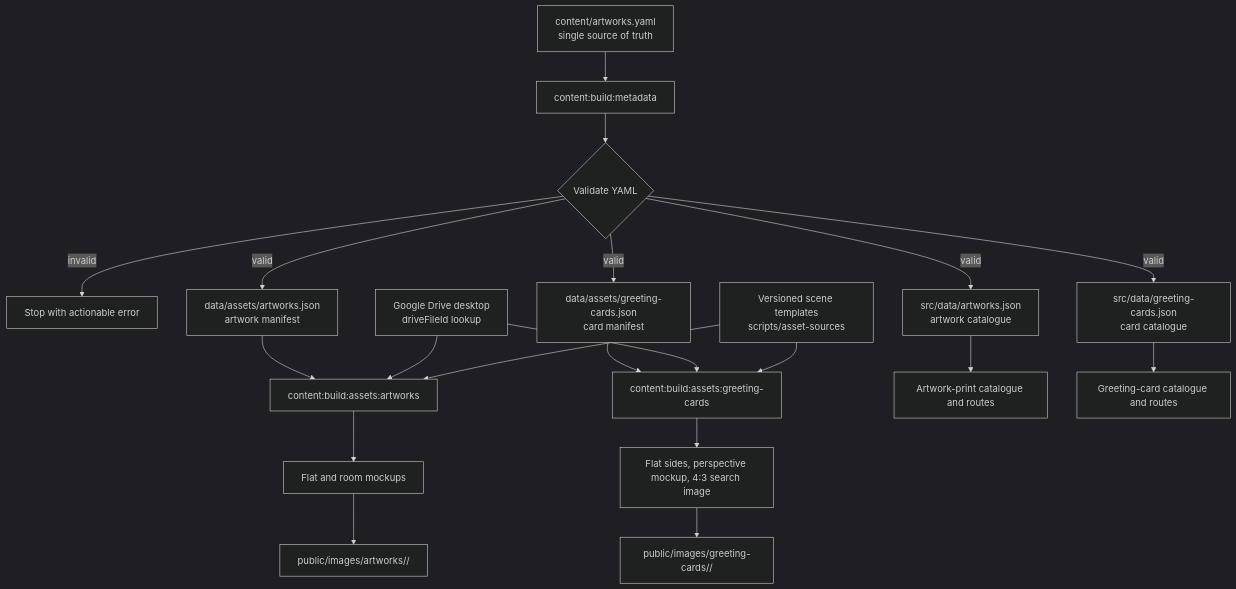
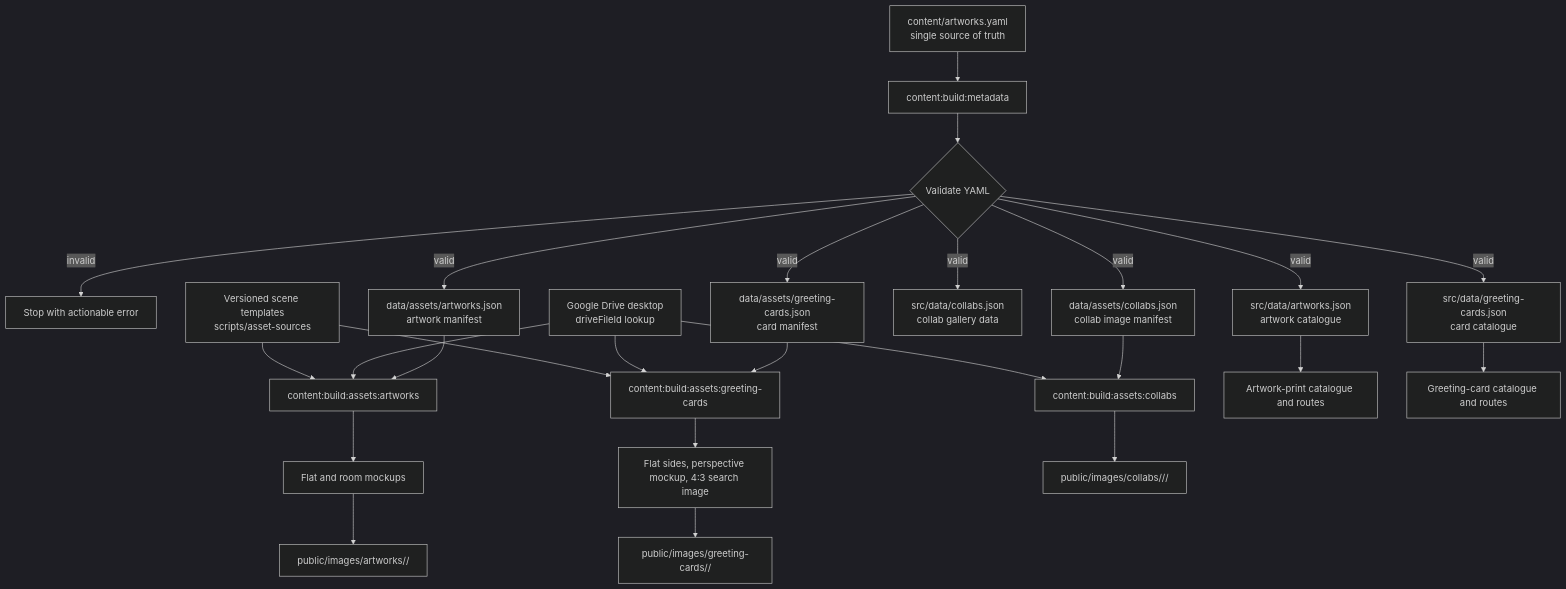
The diagram in content/WORKFLOW.md (h-4vok/paper-seal-ecommerce-site), drawn with Mermaid (dark theme) before and after one commit. The commit also changed other lines of this file and 37 other files, not shown here.

Commit message:
Add Comfort Season collab gallery

````diff
--- a/content/WORKFLOW.md
+++ b/content/WORKFLOW.md
@@ -18,24 +19,29 @@
 ```mermaid
 flowchart TD
     A[content/artworks.yaml<br/>single source of truth] --> B[content:build:metadata]
     B --> C{Validate YAML}
     C -->|invalid| D[Stop with actionable error]
     C -->|valid| E[src/data/artworks.json<br/>artwork catalogue]
     C -->|valid| F[src/data/greeting-cards.json<br/>card catalogue]
     C -->|valid| G[data/assets/artworks.json<br/>artwork manifest]
     C -->|valid| H[data/assets/greeting-cards.json<br/>card manifest]
+    C -->|valid| H2[src/data/collabs.json<br/>collab gallery data]
+    C -->|valid| H3[data/assets/collabs.json<br/>collab image manifest]
 
     G --> I[content:build:assets:artworks]
     H --> J[content:build:assets:greeting-cards]
     K[Google Drive desktop<br/>driveFileId lookup] --> I
     K --> J
     L[Versioned scene templates<br/>scripts/asset-sources] --> I
     L --> J
     I --> M[Flat and room mockups]
     J --> N[Flat sides, perspective mockup, 4:3 search image]
     M --> O[public/images/artworks/<assetBase>/]
     N --> P[public/images/greeting-cards/<assetBase>/]
+    H3 --> I2[content:build:assets:collabs]
+    K --> I2
+    I2 --> P2[public/images/collabs/<collabGroup>/<assetBase>/]
 
     E --> Q[Artwork-print catalogue and routes]
     F --> R[Greeting-card catalogue and routes]
 ```
````
